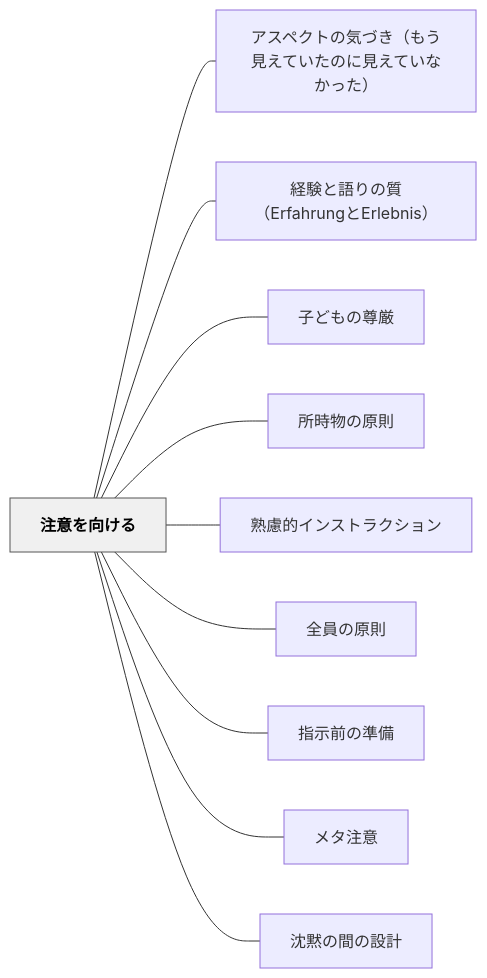
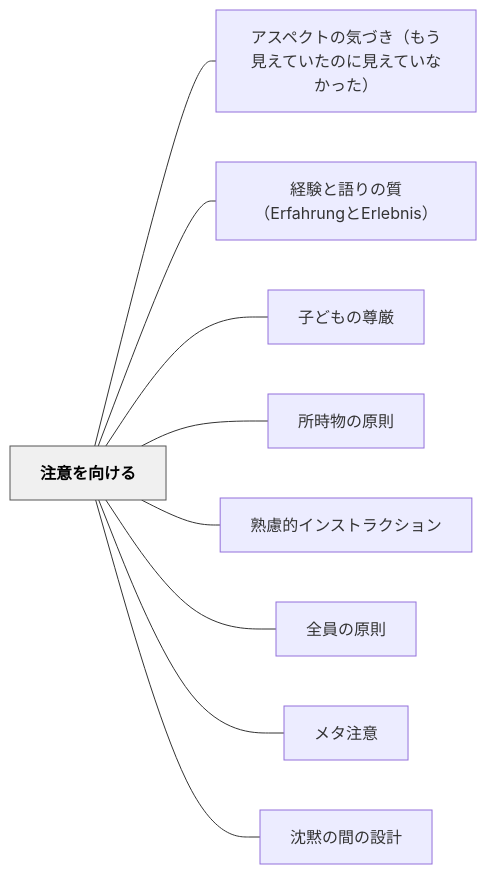
The diagram in content/パタン/注意を向ける.md (unknownthings-ed-patterns/unknownthings-ed-patterns), drawn with Mermaid before and after one commit. The commit also changed other lines of this file and 41 other files, not shown here.

````diff
--- a/content/パタン/注意を向ける.md
+++ b/content/パタン/注意を向ける.md
@@ -77,26 +79,24 @@
 ```mermaid
 flowchart LR
     ne6b3a8e6848fe38292e59091e38191e3828b["注意を向ける"]
     ne382a2e382b9e3839ae382afe38388e381aee6b097e381a5e3818defbc88e38282e38186e8a68be38188e381a6e38184e3819fe381aee381abe8a68be38188e381a6e38184e381aae3818be381a3e3819fefbc89["アスペクトの気づき（もう見えていたのに見えていなかった）"]
     ne7b58ce9a893e381a8e8aa9ee3828ae381aee8b3aaefbc88457266616872756e67e381a845726c65626e6973efbc89["経験と語りの質（ErfahrungとErlebnis）"]
     ne5ad90e381a9e38282e381aee5b08ae58eb3["子どもの尊厳"]
     ne68980e69982e789a9e381aee58e9fe58987["所時物の原則"]
     ne7869fe685aee79a84e382a4e383b3e382b9e38388e383a9e382afe382b7e383a7e383b3["熟慮的インストラクション"]
     ne585a8e593a1e381aee58e9fe58987["全員の原則"]
-    ne68c87e7a4bae5898de381aee6ba96e58299["指示前の準備"]
     ne383a1e382bfe6b3a8e6848f["メタ注意"]
     ne6b288e9bb99e381aee99693e381aee8a8ade8a888["沈黙の間の設計"]
 
     ne6b3a8e6848fe38292e59091e38191e3828b --- ne382a2e382b9e3839ae382afe38388e381aee6b097e381a5e3818defbc88e38282e38186e8a68be38188e381a6e38184e3819fe381aee381abe8a68be38188e381a6e38184e381aae3818be381a3e3819fefbc89
     ne6b3a8e6848fe38292e59091e38191e3828b --- ne7b58ce9a893e381a8e8aa9ee3828ae381aee8b3aaefbc88457266616872756e67e381a845726c65626e6973efbc89
     ne6b3a8e6848fe38292e59091e38191e3828b --- ne5ad90e381a9e38282e381aee5b08ae58eb3
     ne6b3a8e6848fe38292e59091e38191e3828b --- ne68980e69982e789a9e381aee58e9fe58987
     ne6b3a8e6848fe38292e59091e38191e3828b --- ne7869fe685aee79a84e382a4e383b3e382b9e38388e383a9e382afe382b7e383a7e383b3
     ne6b3a8e6848fe38292e59091e38191e3828b --- ne585a8e593a1e381aee58e9fe58987
-    ne6b3a8e6848fe38292e59091e38191e3828b --- ne68c87e7a4bae5898de381aee6ba96e58299
     ne6b3a8e6848fe38292e59091e38191e3828b --- ne383a1e382bfe6b3a8e6848f
     ne6b3a8e6848fe38292e59091e38191e3828b --- ne6b288e9bb99e381aee99693e381aee8a8ade8a888
 
     classDef hub fill:#f0f0f0,stroke:#555,color:#000,font-weight:bold
     class ne6b3a8e6848fe38292e59091e38191e3828b hub
 ```
````
